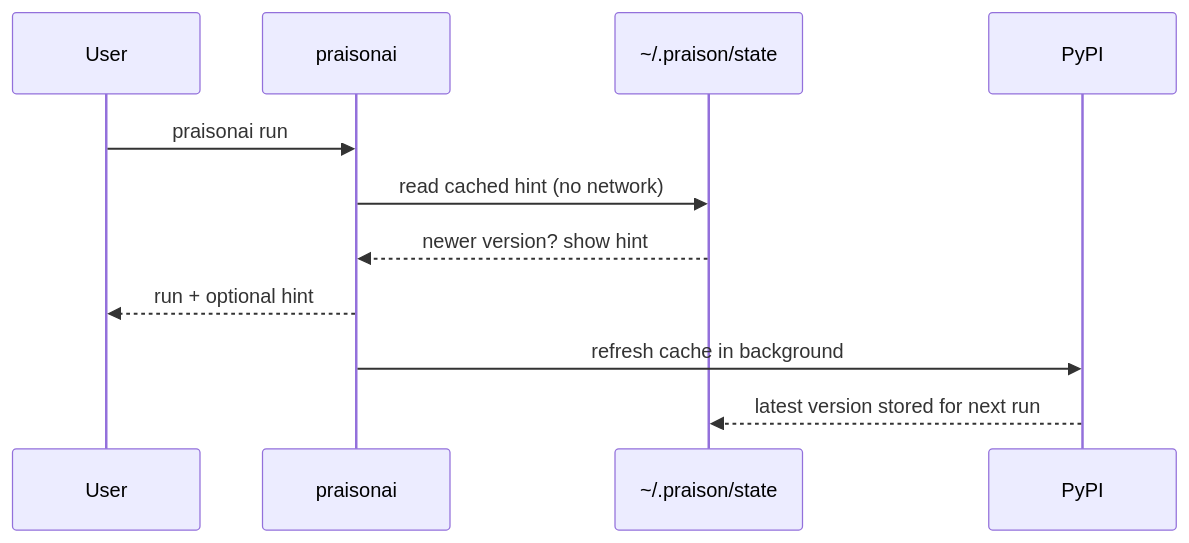
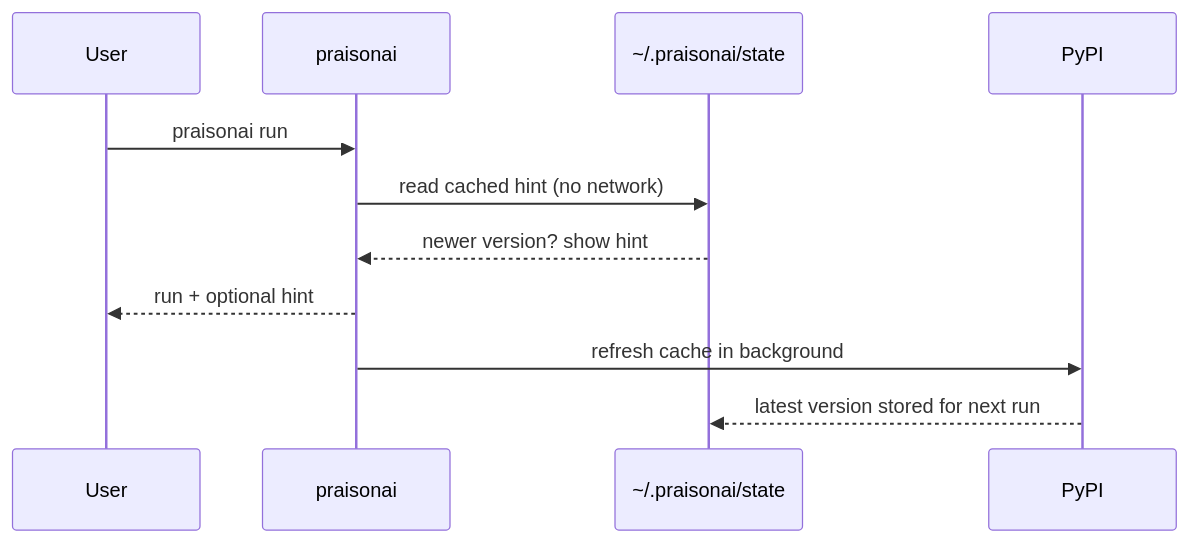
Before and after one commit to MervinPraison/PraisonAIDocs: the second of 3 diagrams in docs/features/upgrade-uninstall.mdx, drawn with Mermaid. The commit also changed other lines of this file and 11 other files, not shown here.

````diff
--- a/docs/features/upgrade-uninstall.mdx
+++ b/docs/features/upgrade-uninstall.mdx
@@ -217,14 +217,14 @@
 ```mermaid
 sequenceDiagram
     participant User
     participant CLI as praisonai
-    participant Cache as ~/.praison/state
+    participant Cache as ~/.praisonai/state
     participant PyPI
 
     User->>CLI: praisonai run
     CLI->>Cache: read cached hint (no network)
     Cache-->>CLI: newer version? show hint
     CLI-->>User: run + optional hint
     CLI->>PyPI: refresh cache in background
     PyPI-->>Cache: latest version stored for next run
 ```
````
